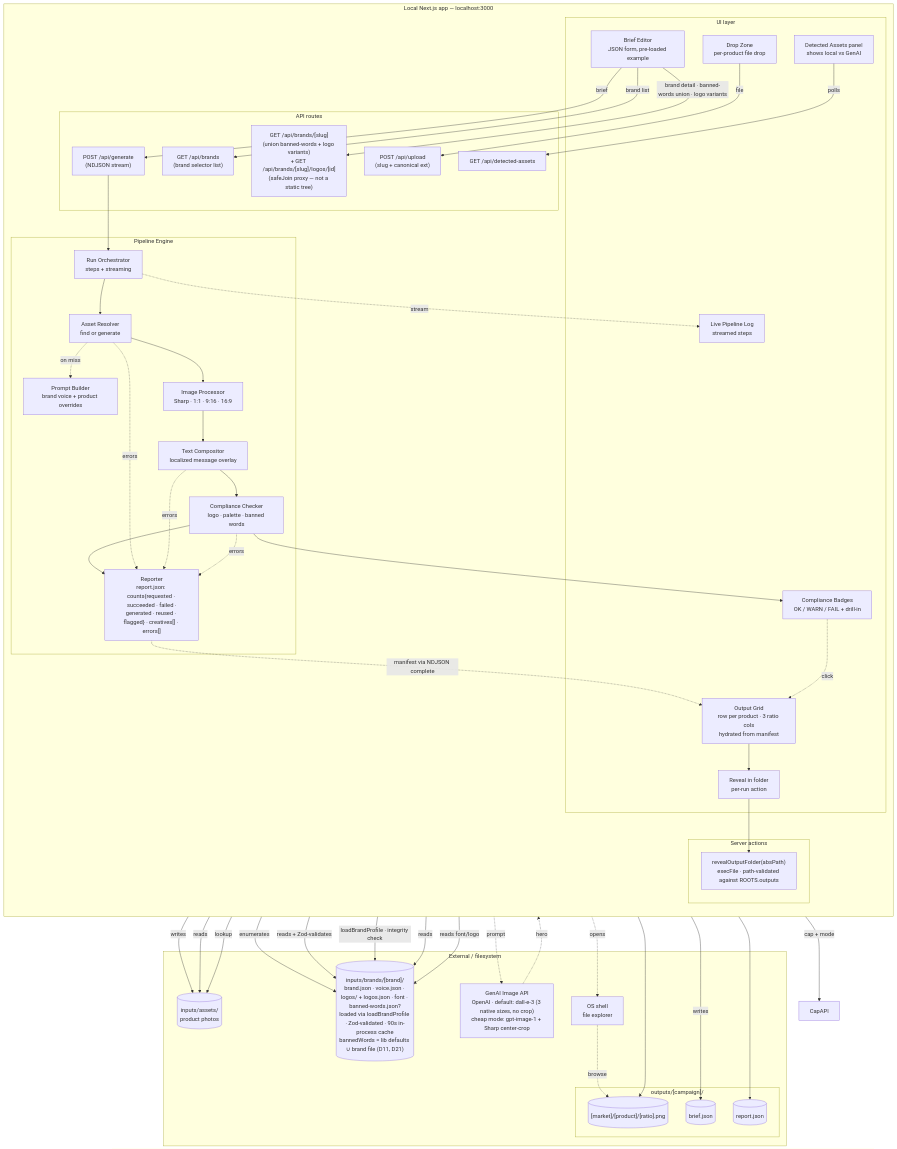
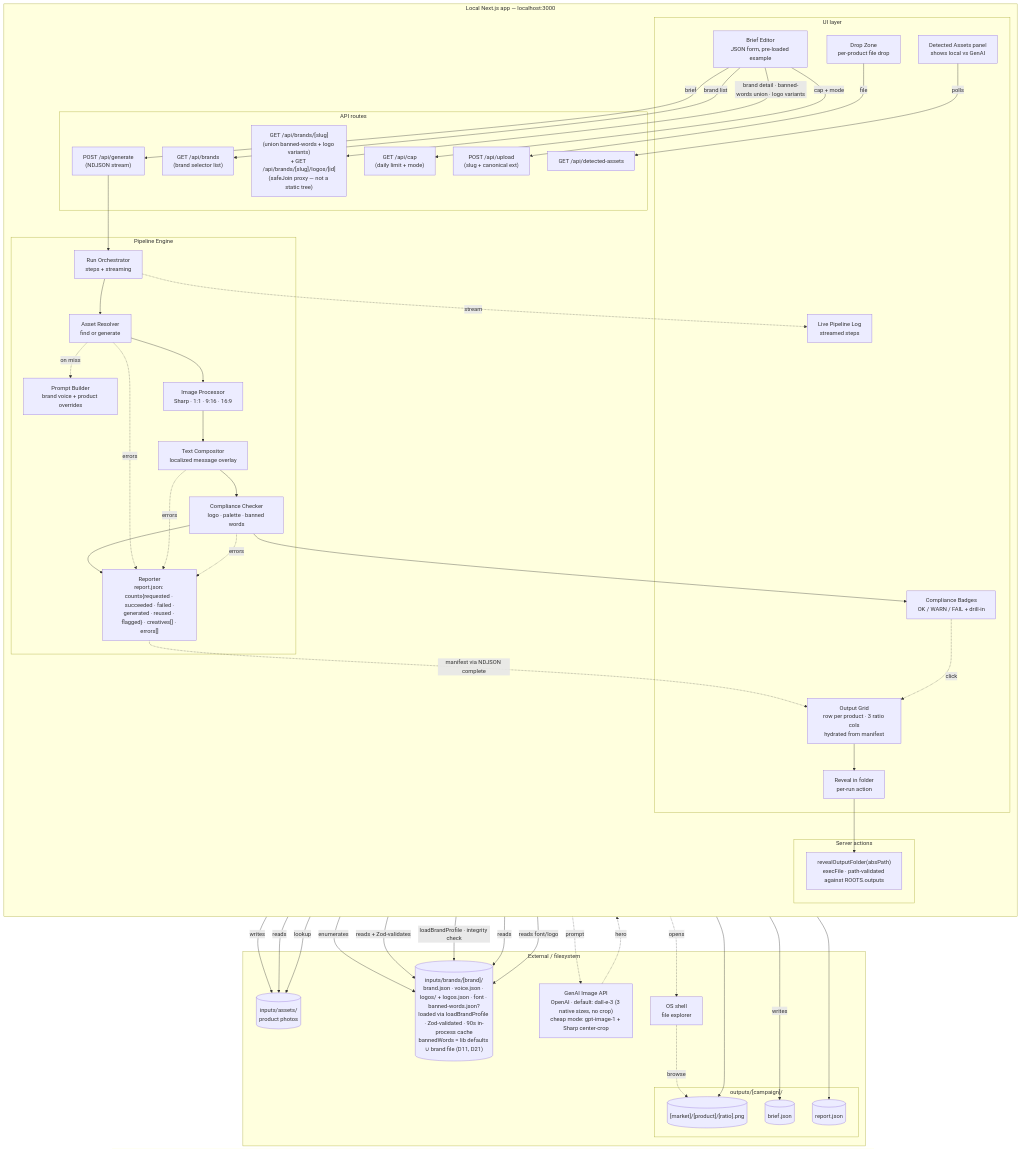
Before and after one commit to arndvs/cast: the third of 5 diagrams in docs/system-map.md, drawn with Mermaid. The commit also changed other lines of this file and 31 other files, not shown here.

```diff
--- a/docs/system-map.md
+++ b/docs/system-map.md
@@ -114,6 +114,7 @@
             GenerateAPI["POST /api/generate<br/>(NDJSON stream)"]
             BrandsAPI["GET /api/brands<br/>(brand selector list)"]
             BrandDetailAPI["GET /api/brands/[slug]<br/>(union banned-words + logo variants)<br/>+ GET /api/brands/[slug]/logos/[id]<br/>(safeJoin proxy — not a static tree)"]
+            CapAPI["GET /api/cap<br/>(daily limit + mode)"]
         end
 
         subgraph Actions["Server actions"]
```
